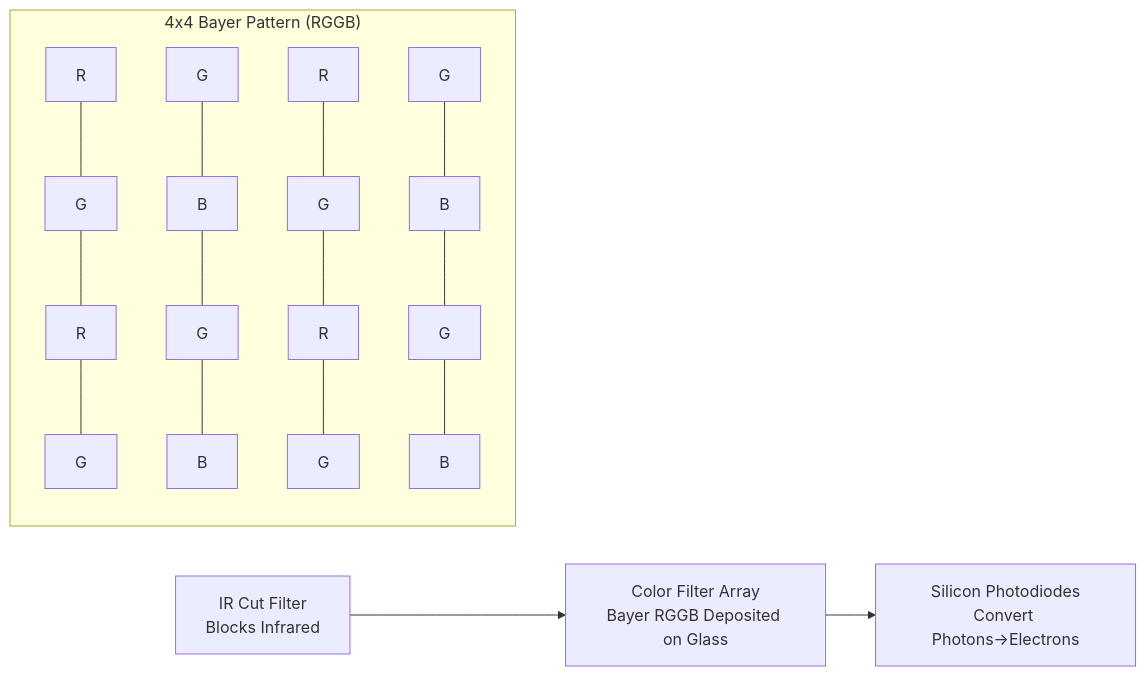
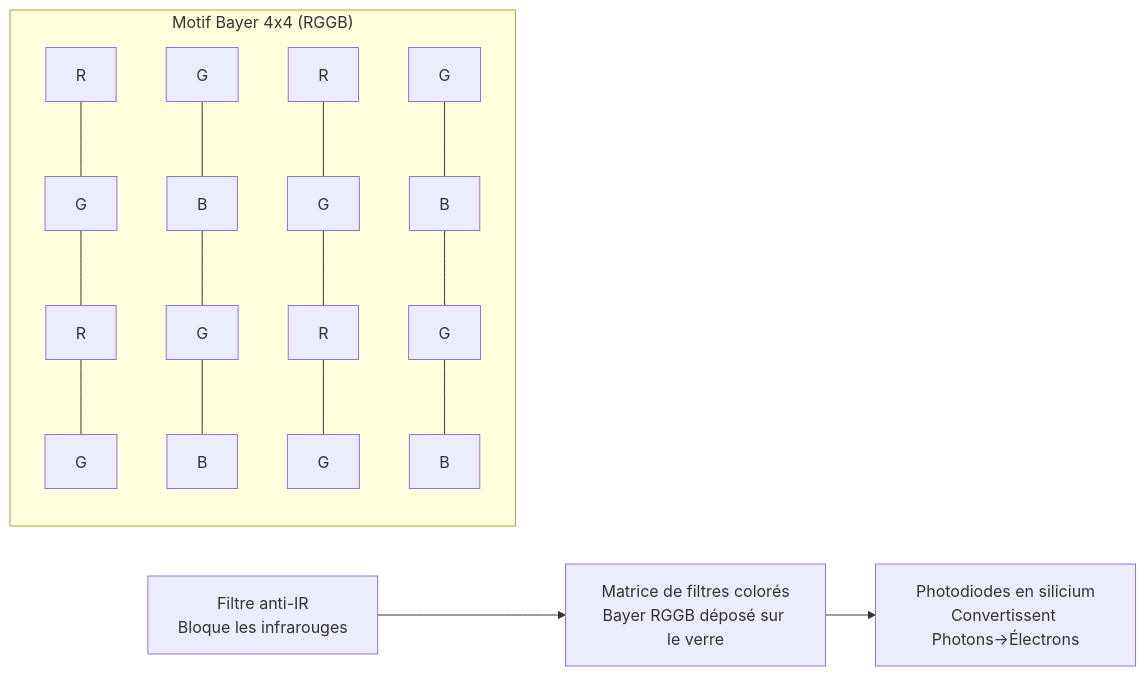
The second of 5 diagrams in website/i18n/fr/docusaurus-plugin-content-docs/current/camera2/understanding-smartphone-cameras.md (zoozooll/AndroidCameraParameters), drawn with Mermaid before and after one commit. The commit also changed other lines of this file and 378 other files, not shown here.

````diff
--- a/website/i18n/fr/docusaurus-plugin-content-docs/current/camera2/understanding-smartphone-cameras.md
+++ b/website/i18n/fr/docusaurus-plugin-content-docs/current/camera2/understanding-smartphone-cameras.md
@@ -103,12 +103,12 @@
 ```mermaid
 graph LR
-    subgraph "4x4 Bayer Pattern (RGGB)"
+    subgraph "Motif Bayer 4x4 (RGGB)"
         direction TB
         A1[R] --- A2[G] --- A3[R] --- A4[G]
         B1[G] --- B2[B] --- B3[G] --- B4[B]
         C1[R] --- C2[G] --- C3[R] --- C4[G]
         D1[G] --- D2[B] --- D3[G] --- D4[B]
     end
-    E[IR Cut Filter\nBlocks Infrared] --> F[Color Filter Array\nBayer RGGB Deposited on Glass]
-    F --> G[Silicon Photodiodes\nConvert Photons→Electrons]
+    E["Filtre anti-IR<br/>Bloque les infrarouges"] --> F["Matrice de filtres colorés<br/>Bayer RGGB déposé sur le verre"]
+    F --> G[Photodiodes en silicium<br/>Convertissent Photons→Électrons]
 ```
````
